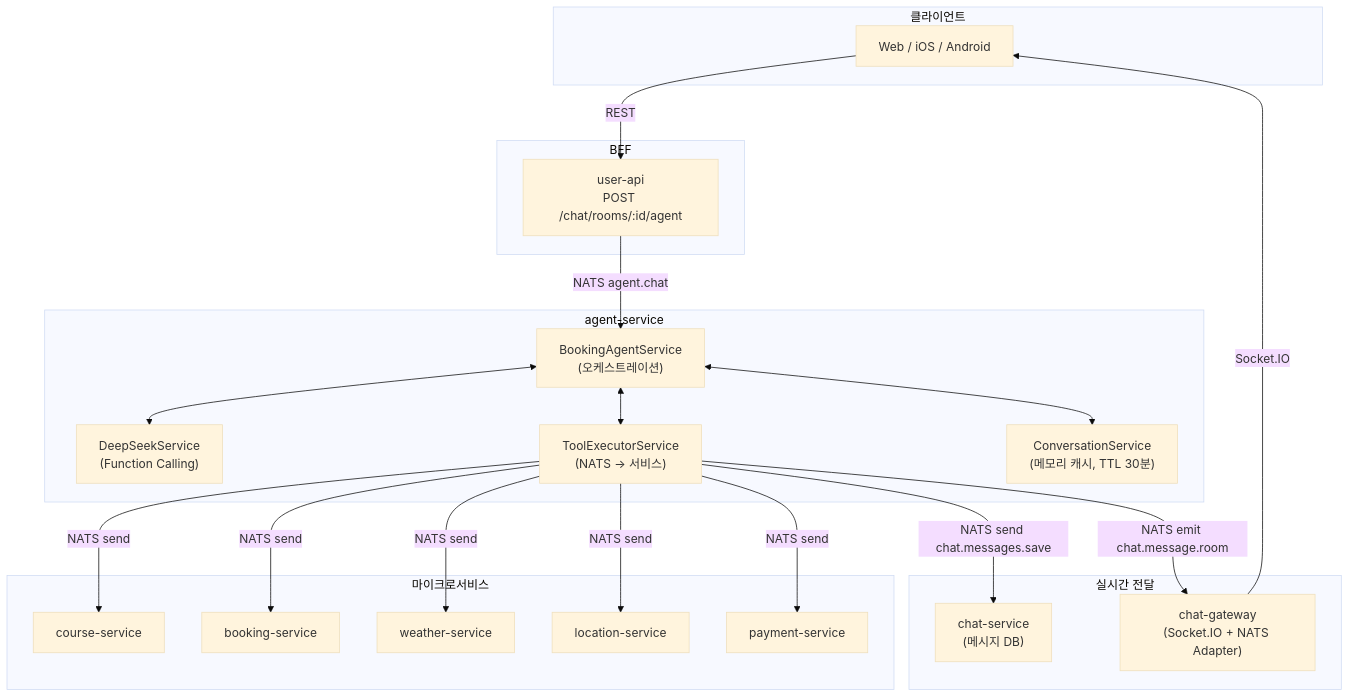
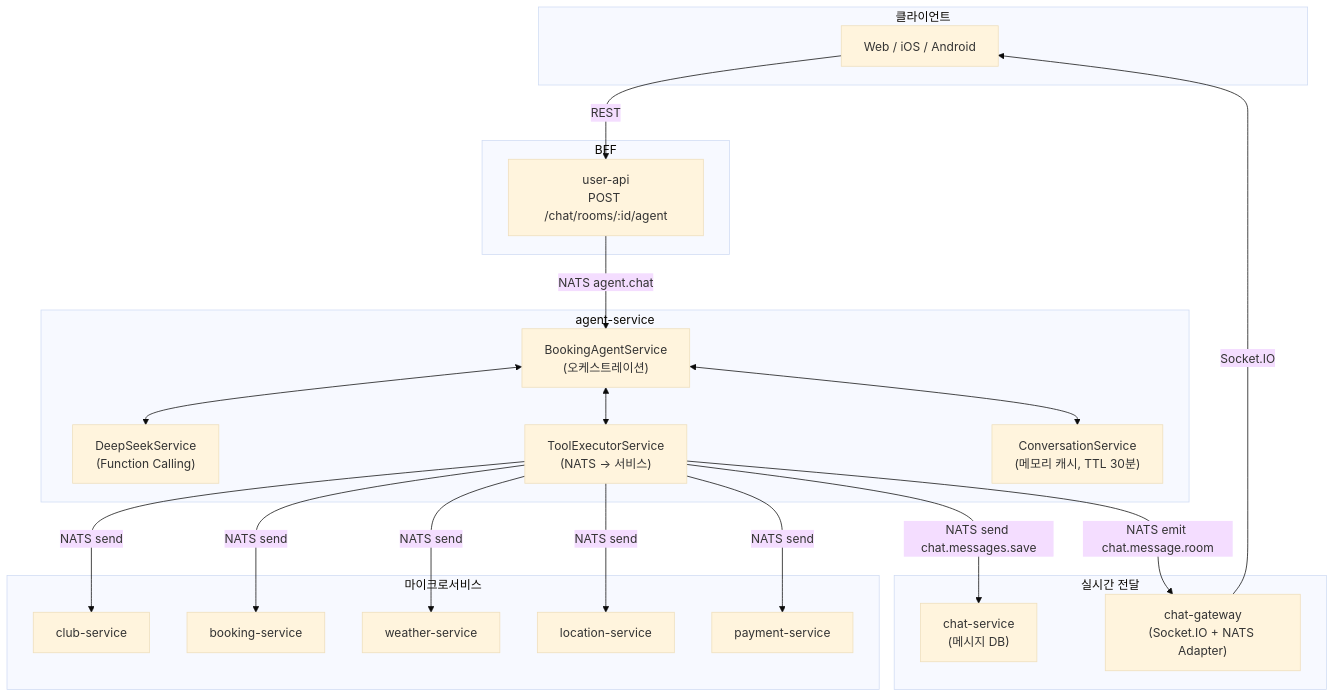
Before and after one commit to uniyous/parkgolf-platform: the second of 3 diagrams in docs/workflow/AGENT.md, drawn with Mermaid (base theme). The commit also changed other lines of this file and 130 other files, not shown here.

First line of the commit message:
refactor(infra): course-service → club-service 풀 리네임 (UNI-80)

````diff
--- a/docs/workflow/AGENT.md
+++ b/docs/workflow/AGENT.md
@@ -58,44 +58,44 @@
 ```mermaid
 graph TB
     subgraph Client["클라이언트"]
         App["Web / iOS / Android"]
     end
 
     subgraph BFF
         API["user-api<br/>POST /chat/rooms/:id/agent"]
     end
 
     subgraph Agent["agent-service"]
         BA["BookingAgentService<br/>(오케스트레이션)"]
         DS["DeepSeekService<br/>(Function Calling)"]
         TE["ToolExecutorService<br/>(NATS → 서비스)"]
         Conv["ConversationService<br/>(메모리 캐시, TTL 30분)"]
     end
 
     subgraph Services["마이크로서비스"]
-        CS["course-service"]
+        CS["club-service"]
         BS["booking-service"]
         WS["weather-service"]
         LS["location-service"]
         PS["payment-service"]
     end
 
     subgraph Realtime["실시간 전달"]
         CG["chat-gateway<br/>(Socket.IO + NATS Adapter)"]
         ChatS["chat-service<br/>(메시지 DB)"]
     end
 
     App -->|REST| API
     API -->|"NATS agent.chat"| BA
     BA <--> DS
     BA <--> TE
     BA <--> Conv
     TE -->|NATS send| CS
     TE -->|NATS send| BS
     TE -->|NATS send| WS
     TE -->|NATS send| LS
     TE -->|NATS send| PS
     TE -->|"NATS send chat.messages.save"| ChatS
     TE -->|"NATS emit chat.message.room"| CG
     CG -->|Socket.IO| App
 ```
````
